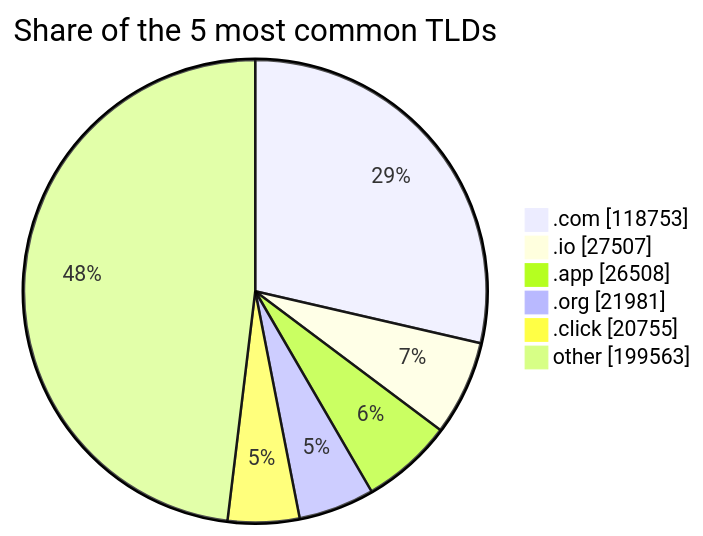
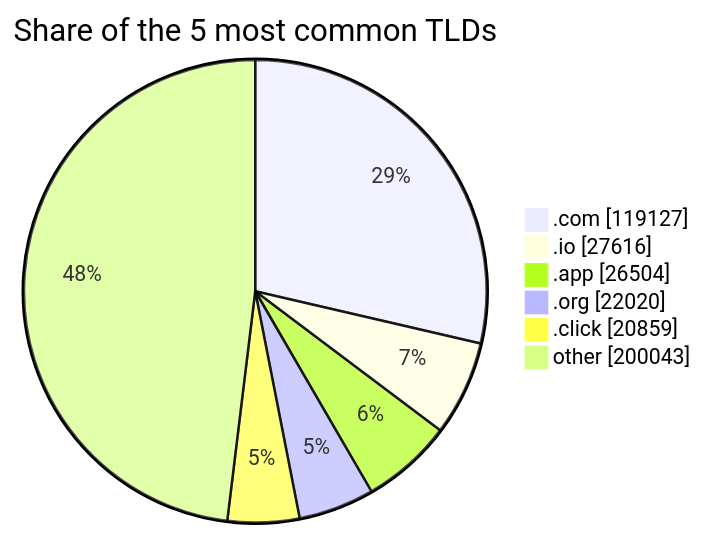
One commit to DNSBunker/CTI changed the third of 3 diagrams in README.md. Above: the diagram before and after it, drawn with Mermaid. The commit also changed other lines of this file and 3 other files, not shown here.

````diff
--- a/README.md
+++ b/README.md
@@ -81,9 +81,9 @@
 ```mermaid
 pie showData title Share of the 5 most common TLDs
-    ".com" : 118753
-    ".io" : 27507
-    ".app" : 26508
-    ".org" : 21981
-    ".click" : 20755
-    "other" : 199563
+    ".com" : 119127
+    ".io" : 27616
+    ".app" : 26504
+    ".org" : 22020
+    ".click" : 20859
+    "other" : 200043
 ```
````
